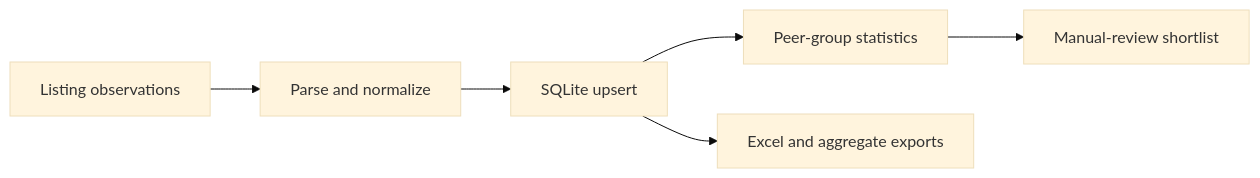
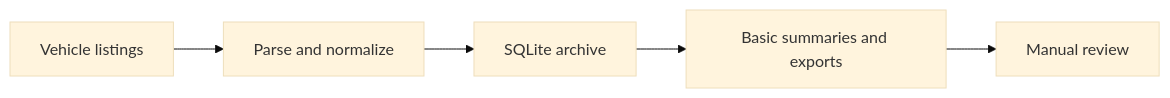
Before and after one commit to dmitriibilecki/automotive-market-intelligence: the diagram in README.md, drawn with Mermaid (base theme). The commit also changed other lines of this file, not shown here.

````diff
--- a/README.md
+++ b/README.md
@@ -45,8 +28,7 @@
 ```mermaid
 flowchart LR
-  A[Listing observations] --> B[Parse and normalize]
-  B --> C[SQLite upsert]
-  C --> D[Peer-group statistics]
-  D --> E[Manual-review shortlist]
-  C --> F[Excel and aggregate exports]
+  A[Vehicle listings] --> B[Parse and normalize]
+  B --> C[SQLite archive]
+  C --> D[Basic summaries and exports]
+  D --> E[Manual review]
 ```
````
